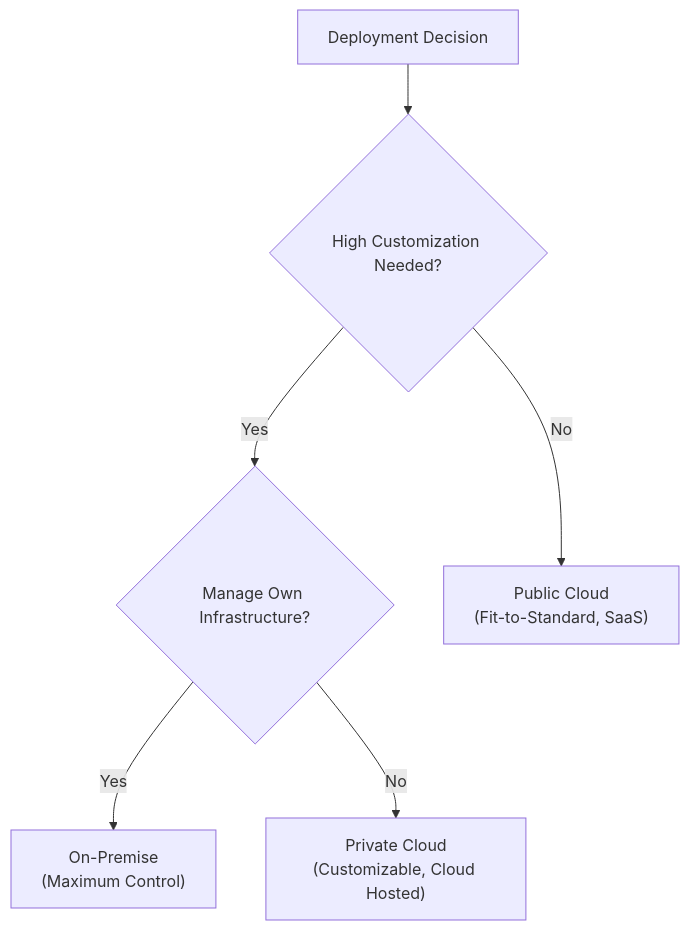
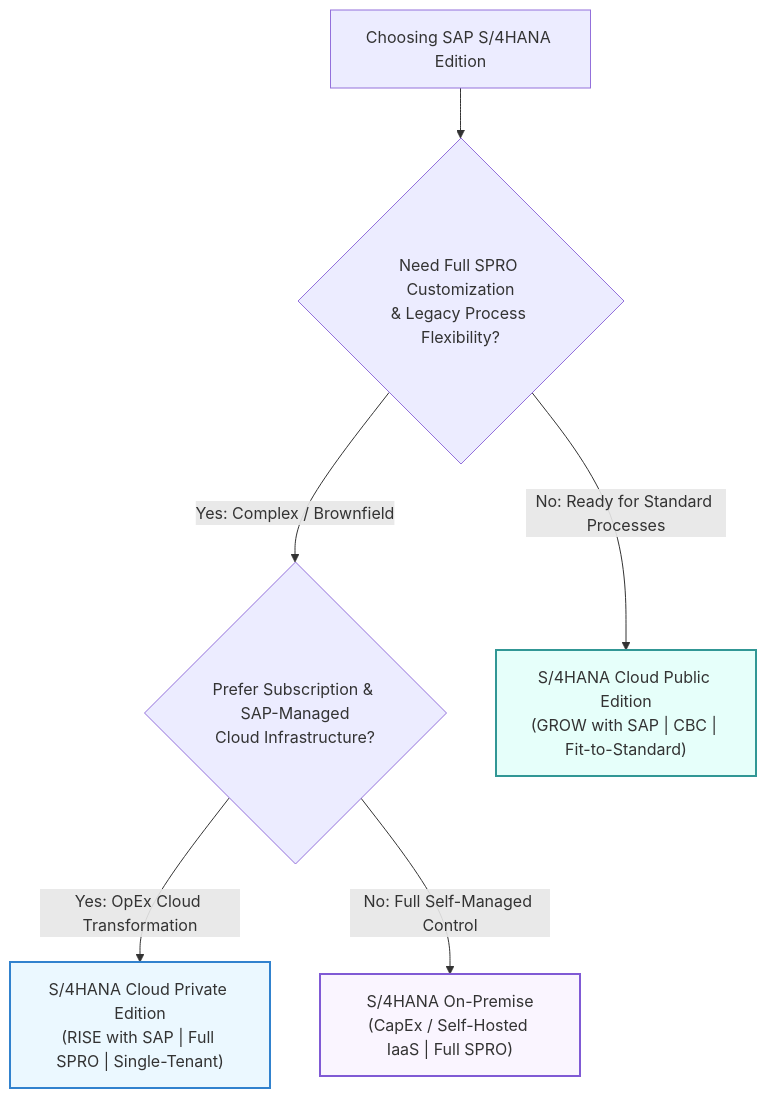
One commit to islamnassar13/S4HANA-FICO-End2End-Implementation-Hub changed the sixth of 12 diagrams in s4hana-evolution-and-architecture.md. Above: the diagram before and after it, drawn with Mermaid. The commit also changed other lines of this file, not shown here.

````diff
--- a/s4hana-evolution-and-architecture.md
+++ b/s4hana-evolution-and-architecture.md
@@ -181,9 +299,13 @@
 ```mermaid
 flowchart TD
-    START["Deployment Decision"] --> Q1{"High Customization Needed?"}
-    Q1 -->|Yes| Q2{"Manage Own Infrastructure?"}
-    Q1 -->|No| PUB["Public Cloud<br>(Fit-to-Standard, SaaS)"]
+    START["Choosing SAP S/4HANA Edition"] --> Q1{"Need Full SPRO Customization<br>& Legacy Process Flexibility?"}
+    Q1 -->|"Yes: Complex / Brownfield"| Q2{"Prefer Subscription & SAP-Managed<br>Cloud Infrastructure?"}
+    Q1 -->|"No: Ready for Standard Processes"| PUB["S/4HANA Cloud Public Edition<br>(GROW with SAP | CBC | Fit-to-Standard)"]
 
-    Q2 -->|Yes| OP["On-Premise<br>(Maximum Control)"]
-    Q2 -->|No| PRIV["Private Cloud<br>(Customizable, Cloud Hosted)"]
+    Q2 -->|"Yes: OpEx Cloud Transformation"| PRIV["S/4HANA Cloud Private Edition<br>(RISE with SAP | Full SPRO | Single-Tenant)"]
+    Q2 -->|"No: Full Self-Managed Control"| OP["S/4HANA On-Premise<br>(CapEx / Self-Hosted IaaS | Full SPRO)"]
+
+    style PUB fill:#e6fffa,stroke:#319795,stroke-width:2px
+    style PRIV fill:#ebf8ff,stroke:#3182ce,stroke-width:2px
+    style OP fill:#faf5ff,stroke:#805ad5,stroke-width:2px
 ```
````
